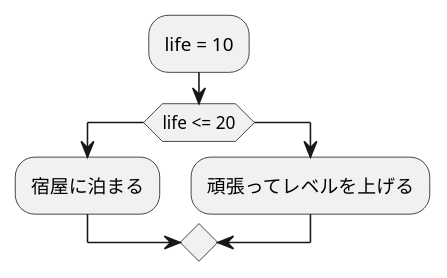
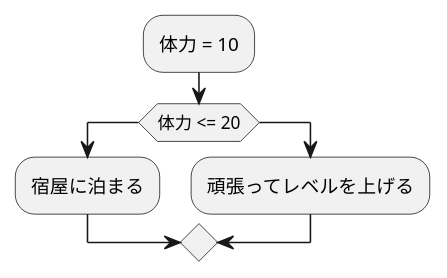
One commit to Aso2001009/2021sys-design changed the diagram in kadai1.md. Above: the diagram before and after it, drawn with PlantUML.

````diff
--- a/kadai1.md
+++ b/kadai1.md
@@ -1,9 +1,9 @@
 ```uml
 @startuml
-:life = 10;
-if (life <= 20)
+:体力 = 10;
+if (体力 <= 20)
   :宿屋に泊まる;
 else
   :頑張ってレベルを上げる;
 @enduml
 ```
````
